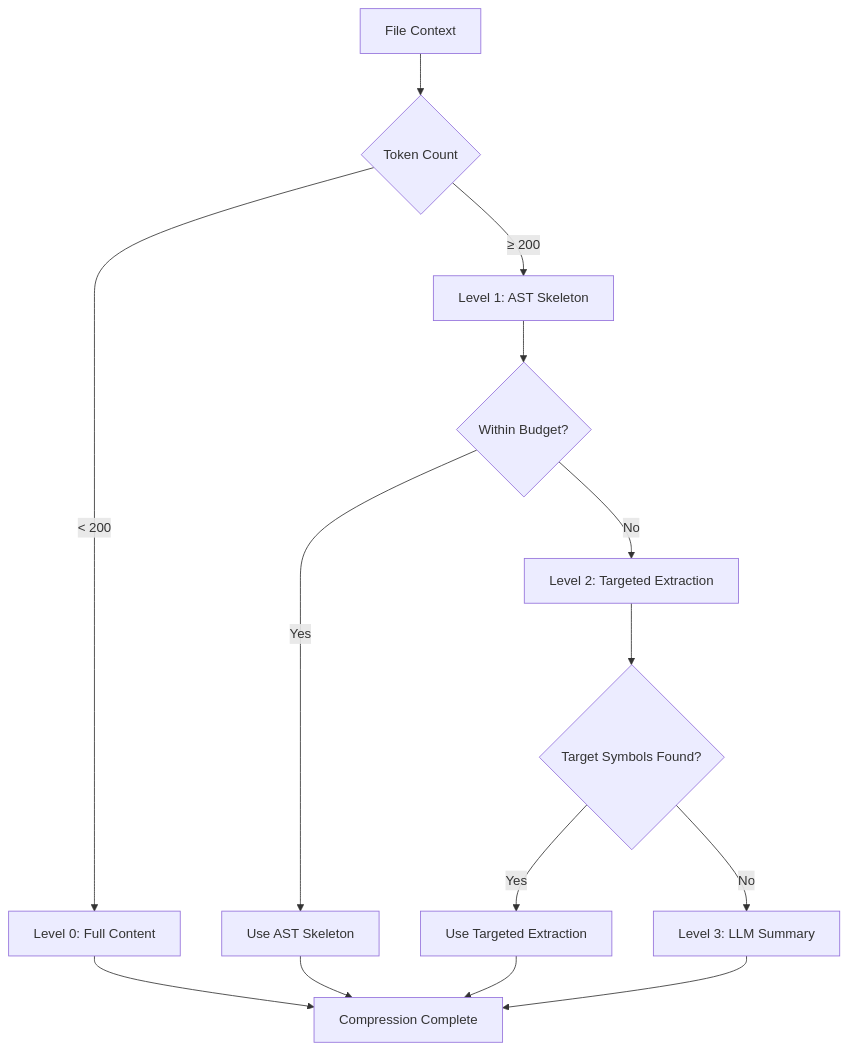
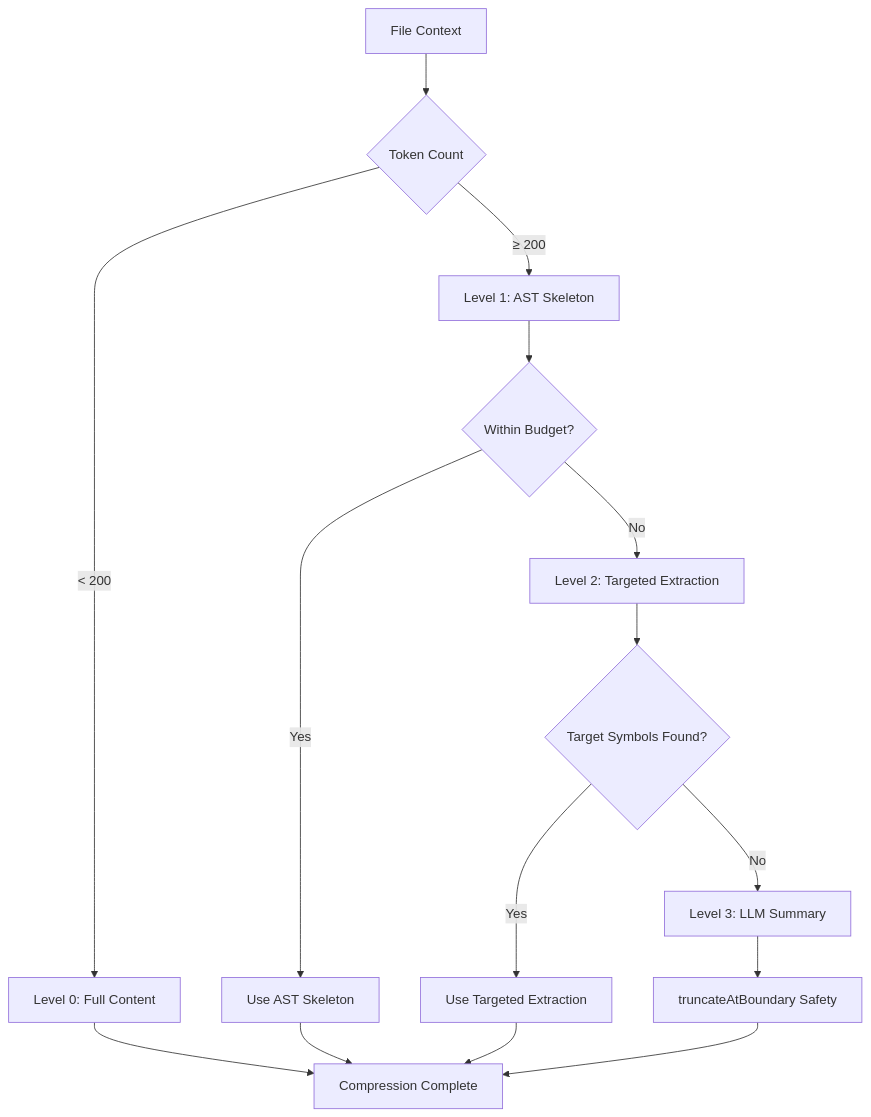
One commit to bramburn/repomix-runner changed the sixth of 7 diagrams in .qoder/repowiki/en/content/Core Features/Compression Engine Architecture.md. Above: the diagram before and after it, drawn with Mermaid. The commit also changed other lines of this file and 27 other files, not shown here.

````diff
--- a/.qoder/repowiki/en/content/Core Features/Compression Engine Architecture.md
+++ b/.qoder/repowiki/en/content/Core Features/Compression Engine Architecture.md
@@ -345,16 +375,17 @@
 ```mermaid
 graph TD
 A[File Context] --> B{Token Count}
 B --> |< 200| C[Level 0: Full Content]
 B --> |≥ 200| D[Level 1: AST Skeleton]
 D --> E{Within Budget?}
 E --> |Yes| F[Use AST Skeleton]
 E --> |No| G[Level 2: Targeted Extraction]
 G --> H{Target Symbols Found?}
 H --> |Yes| I[Use Targeted Extraction]
 H --> |No| J[Level 3: LLM Summary]
-C --> K[Compression Complete]
-F --> K
-I --> K
-J --> K
+J --> K[truncateAtBoundary Safety]
+C --> L[Compression Complete]
+F --> L
+I --> L
+K --> L
 ```
````
